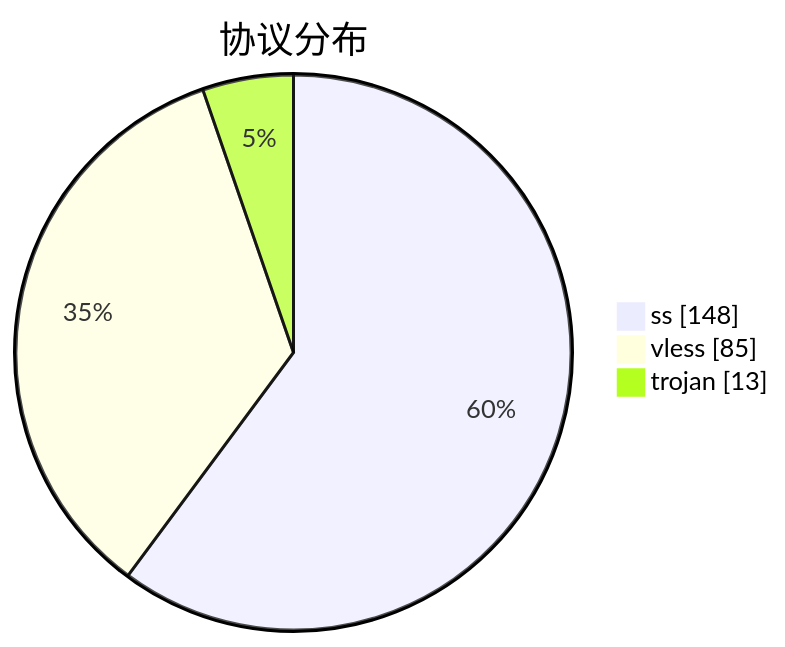
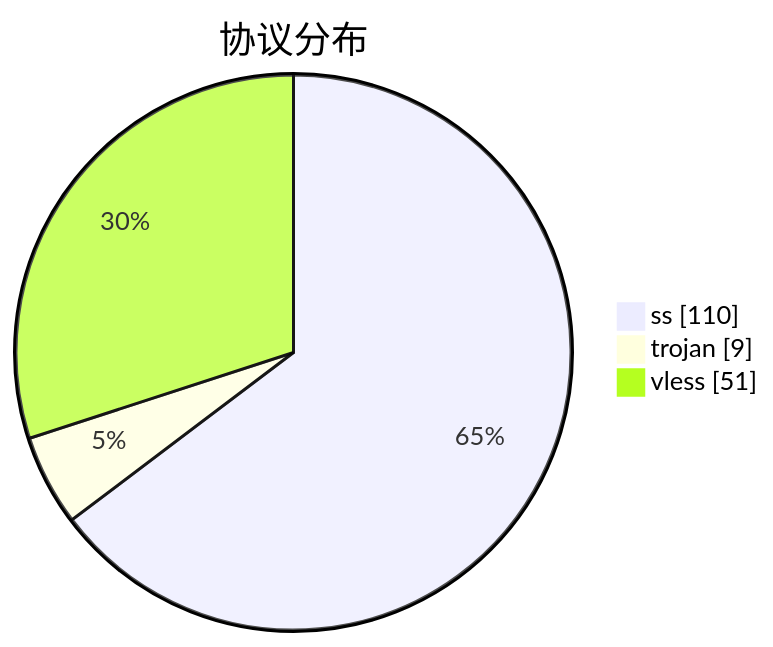
One commit to qjlxg/airport changed the third of 3 diagrams in subs/statistics/tested_within.md. Above: the diagram before and after it, drawn with Mermaid. The commit also changed other lines of this file and 2 other files, not shown here.

````diff
--- a/subs/statistics/tested_within.md
+++ b/subs/statistics/tested_within.md
@@ -35,7 +30,7 @@
 ```mermaid
 pie showData
 title 协议分布
-"ss" : 148
-"vless" : 85
-"trojan" : 13
+"ss" : 110
+"trojan" : 9
+"vless" : 51
 ```
````
